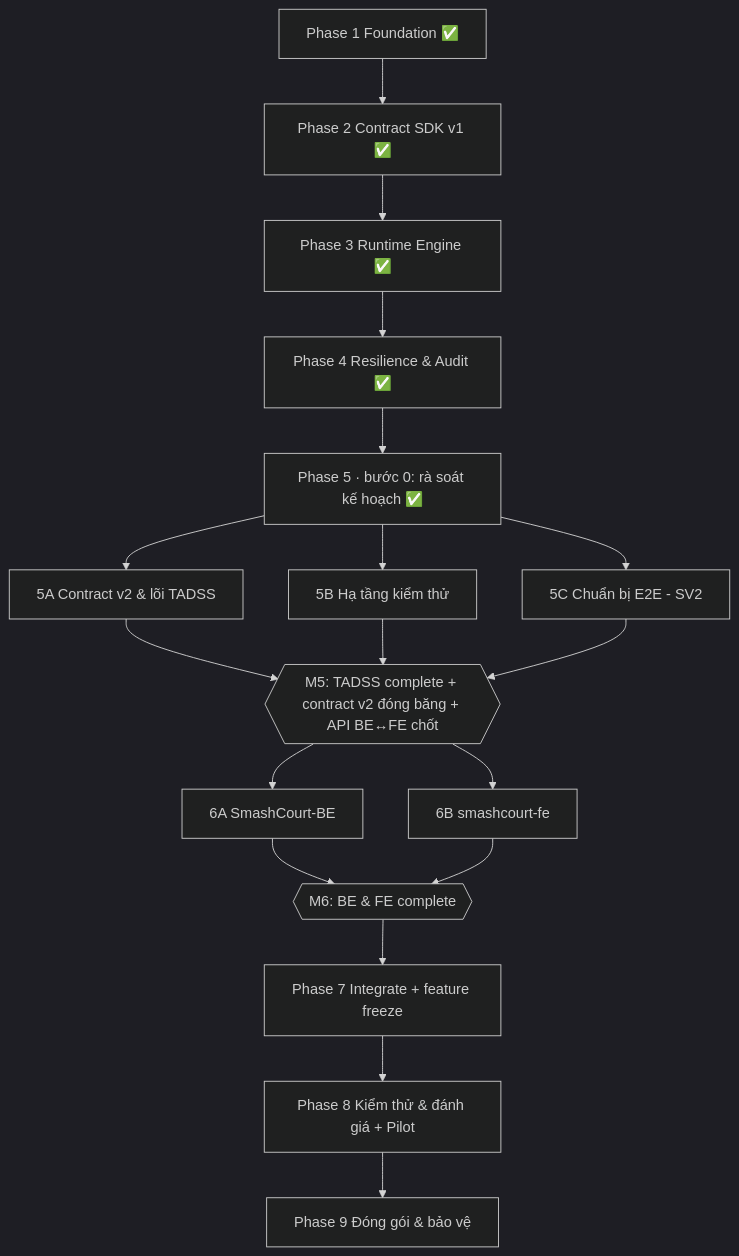
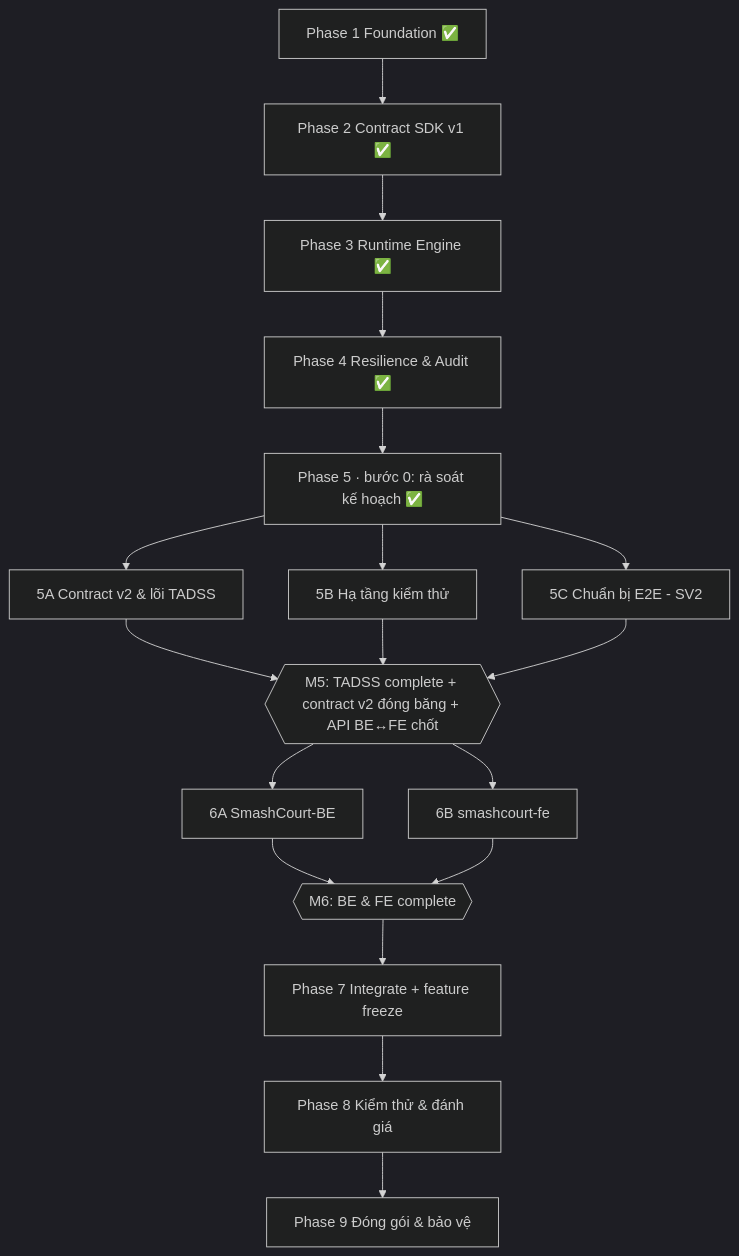
One commit to NguyenThanhTrung-N2T/TrustworthyAdaptiveDecisionSupportSystem-TADSS changed the diagram in docs/planning/PROJECT_WBS_MAPPING.md. Above: the diagram before and after it, drawn with Mermaid (dark theme). The commit also changed other lines of this file and 90 other files, not shown here.

````diff
--- a/docs/planning/PROJECT_WBS_MAPPING.md
+++ b/docs/planning/PROJECT_WBS_MAPPING.md
@@ -59,20 +59,20 @@
 ```mermaid
 flowchart TD
     P1[Phase 1 Foundation ✅] --> P2[Phase 2 Contract SDK v1 ✅]
     P2 --> P3[Phase 3 Runtime Engine ✅]
     P3 --> P4[Phase 4 Resilience & Audit ✅]
     P4 --> PR[Phase 5 · bước 0: rà soát kế hoạch ✅]
     PR --> P5A[5A Contract v2 & lõi TADSS]
     PR --> P5B[5B Hạ tầng kiểm thử]
     PR --> P5C[5C Chuẩn bị E2E - SV2]
     P5A --> M5{{M5: TADSS complete + contract v2 đóng băng + API BE↔FE chốt}}
     P5B --> M5
     P5C --> M5
     M5 --> P6A[6A SmashCourt-BE]
     M5 --> P6B[6B smashcourt-fe]
     P6A --> M6{{M6: BE & FE complete}}
     P6B --> M6
     M6 --> P7[Phase 7 Integrate + feature freeze]
-    P7 --> P8[Phase 8 Kiểm thử & đánh giá + Pilot]
+    P7 --> P8[Phase 8 Kiểm thử & đánh giá]
     P8 --> P9[Phase 9 Đóng gói & bảo vệ]
 ```
````
